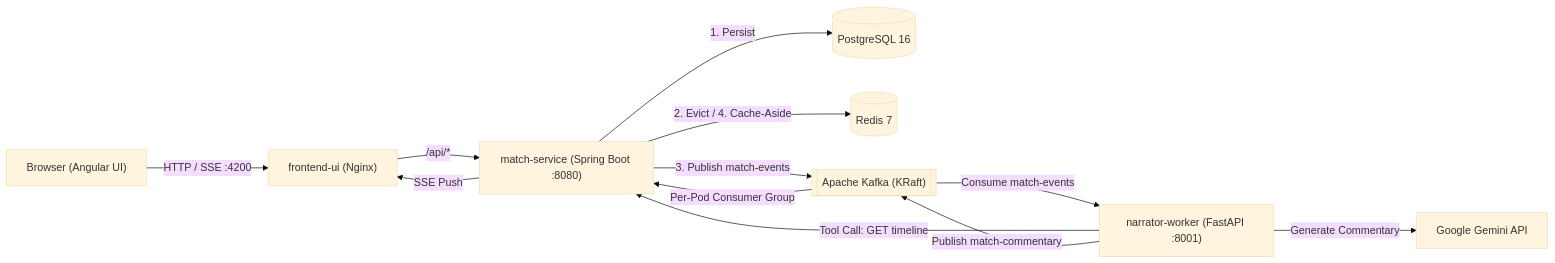
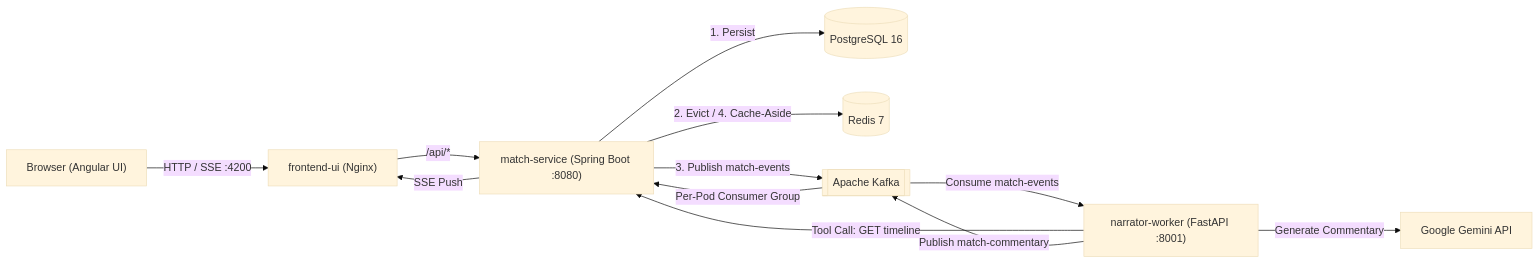
The diagram in README.md (JoaoTS20/live-match-center-xg), drawn with Mermaid (base theme) before and after one commit. The commit also changed other lines of this file, not shown here.

````diff
--- a/README.md
+++ b/README.md
@@ -11,17 +11,17 @@
 ```mermaid
 flowchart LR
     Browser["Browser (Angular UI)"] -->|HTTP / SSE :4200| Nginx["frontend-ui (Nginx)"]
     Nginx -->|/api/*| MatchService["match-service (Spring Boot :8080)"]
 
     MatchService -->|1. Persist| Postgres[("PostgreSQL 16")]
     MatchService -->|2. Evict / 4. Cache-Aside| Redis[("Redis 7")]
-    MatchService -->|3. Publish match-events| Kafka[["Apache Kafka (KRaft)"]]
+    MatchService -->|3. Publish match-events| Kafka[["Apache Kafka"]]
 
     Kafka -->|Consume match-events| Narrator["narrator-worker (FastAPI :8001)"]
     Narrator -->|Tool Call: GET timeline| MatchService
     Narrator -->|Generate Commentary| Gemini["Google Gemini API"]
     Narrator -->|Publish match-commentary| Kafka
 
     Kafka -->|Per-Pod Consumer Group| MatchService
     MatchService -->|SSE Push| Nginx
 ```
````
